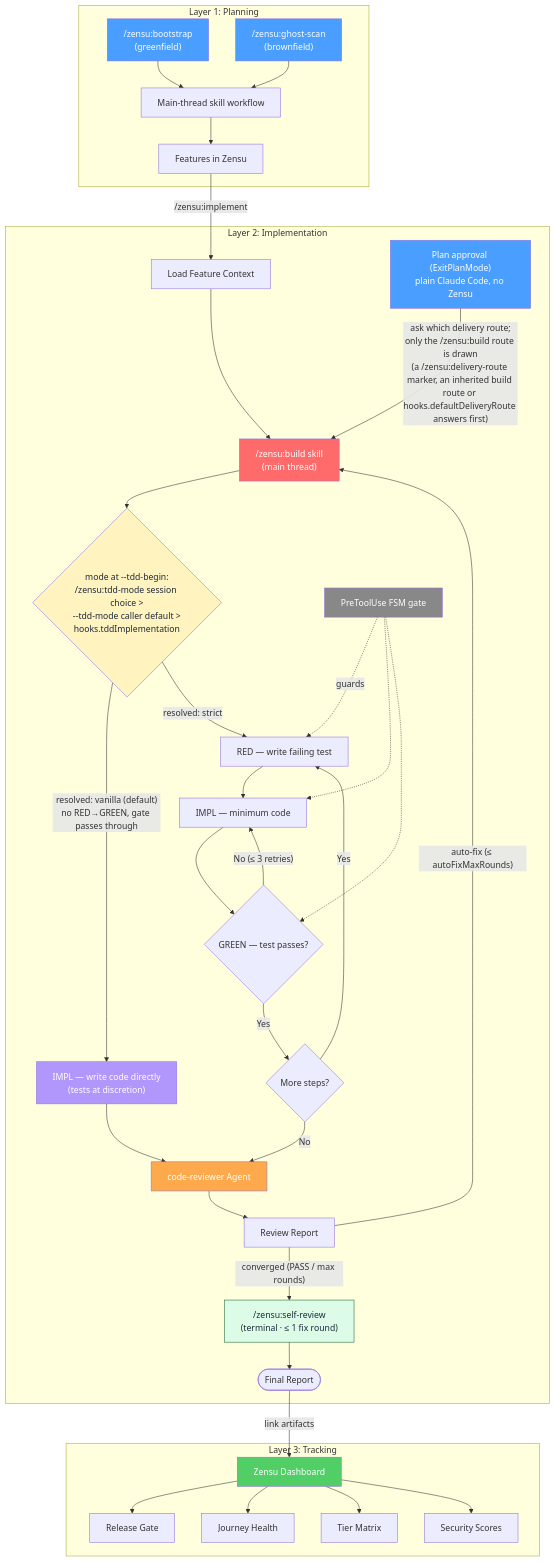
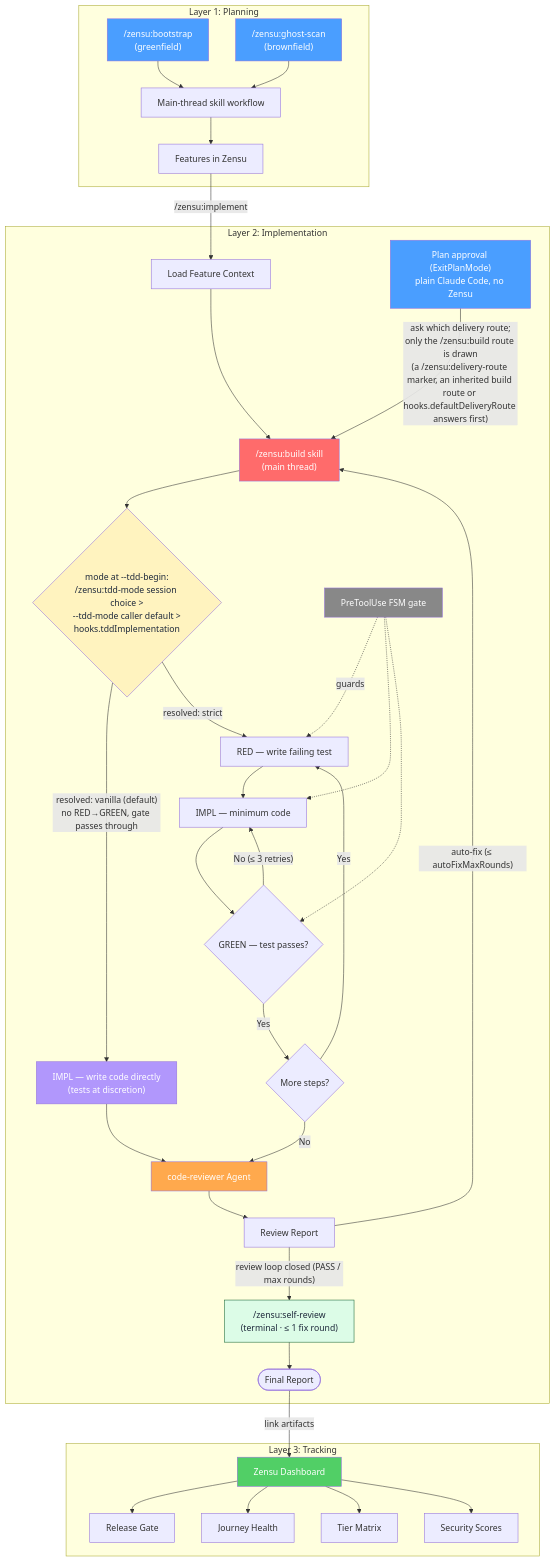
One commit to MKITConsulting/zensu-claude-code changed the diagram in docs/architecture.md. Above: the diagram before and after it, drawn with Mermaid. The commit also changed 31 other files, not shown here.

First line of the commit message:
feat(review-chain): return a converged max-rounds Autopilot attempt to its stage (#621)

````diff
--- a/docs/architecture.md
+++ b/docs/architecture.md
@@ -34,50 +34,50 @@
 ```mermaid
 flowchart TD
     subgraph Planning["Layer 1: Planning"]
         A1["/zensu:bootstrap<br/>(greenfield)"] --> B["Main-thread skill workflow"]
         A2["/zensu:ghost-scan<br/>(brownfield)"] --> B
         B --> C["Features in Zensu"]
     end
 
     subgraph Implementation["Layer 2: Implementation"]
         C -->|"/zensu:implement"| D["Load Feature Context"]
         PLAIN["Plan approval (ExitPlanMode)<br/>plain Claude Code, no Zensu"] -->|"ask which delivery route;<br/>only the /zensu:build route is drawn<br/>(a /zensu:delivery-route marker, an inherited build route or hooks.defaultDeliveryRoute answers first)"| E
         D --> E["/zensu:build skill<br/>(main thread)"]
         E --> MODE{"mode at --tdd-begin:<br/>/zensu:tdd-mode session choice ><br/>--tdd-mode caller default ><br/>hooks.tddImplementation"}
         MODE -->|"resolved: vanilla (default)<br/>no RED→GREEN, gate passes through"| VAN["IMPL — write code directly<br/>(tests at discretion)"]
         MODE -->|"resolved: strict"| RED["RED — write failing test"]
         VAN --> K
         RED --> IMPL["IMPL — minimum code"]
         IMPL --> GREEN{"GREEN — test passes?"}
         GREEN -->|"No (≤ 3 retries)"| IMPL
         GREEN -->|"Yes"| NEXT{"More steps?"}
         NEXT -->|"Yes"| RED
         NEXT -->|"No"| K["code-reviewer Agent"]
         K --> L["Review Report"]
         L -->|"auto-fix (≤ autoFixMaxRounds)"| E
-        L -->|"converged (PASS / max rounds)"| SR["/zensu:self-review<br/>(terminal · ≤ 1 fix round)"]
+        L -->|"review loop closed (PASS / max rounds)"| SR["/zensu:self-review<br/>(terminal · ≤ 1 fix round)"]
         SR --> FR(["Final Report"])
         GATE["PreToolUse FSM gate"] -.guards.-> RED
         GATE -.-> IMPL
         GATE -.-> GREEN
     end
 
     subgraph Tracking["Layer 3: Tracking"]
         FR -->|"link artifacts"| M["Zensu Dashboard"]
         M --> Q["Release Gate"]
         M --> P["Journey Health"]
         M --> O["Tier Matrix"]
         M --> N["Security Scores"]
     end
 
     style A1 fill:#4a9eff,color:#fff
     style A2 fill:#4a9eff,color:#fff
     style PLAIN fill:#4a9eff,color:#fff
     style E fill:#ff6b6b,color:#fff
     style MODE fill:#fff3bf,color:#1e293b
     style VAN fill:#b197fc,color:#fff
     style GATE fill:#888,color:#fff
     style K fill:#ffa94d,color:#fff
     style SR fill:#dcfce7,stroke:#166534,color:#1e293b
     style M fill:#51cf66,color:#fff
 ```
````
